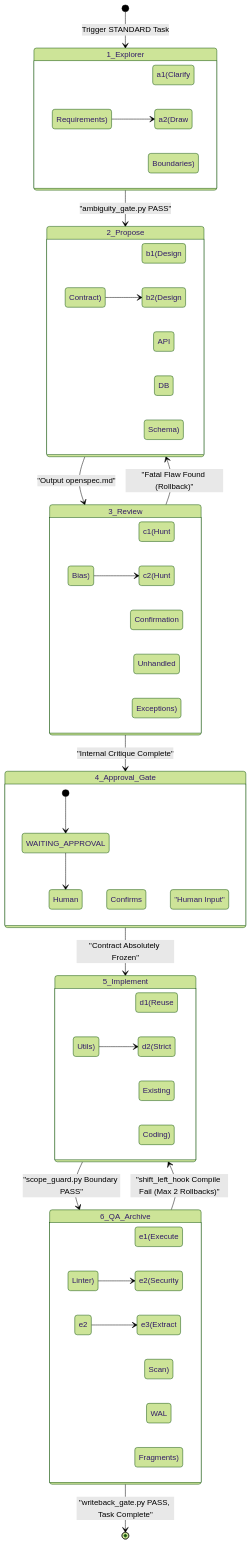
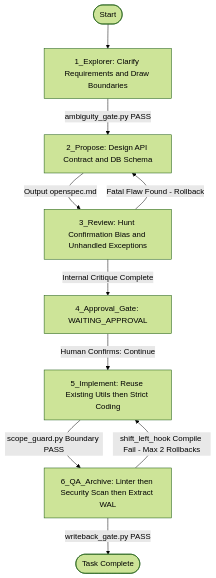
The third of 5 diagrams in ENGINEERING_MANUAL.md (listener-He/java-harness-agent), drawn with Mermaid (forest theme) before and after one commit. The commit also changed other lines of this file and 3 other files, not shown here.

````diff
--- a/ENGINEERING_MANUAL.md
+++ b/ENGINEERING_MANUAL.md
@@ -150,50 +150,18 @@
 ```mermaid
-stateDiagram-v2
-    [*] --> 1_Explorer: Trigger STANDARD Task
-    
-    state 1_Explorer {
-        direction LR
-        a1(Clarify Requirements) --> a2(Draw Boundaries)
-    }
-    
-    1_Explorer --> 2_Propose: "ambiguity_gate.py PASS"
-    
-    state 2_Propose {
-        direction LR
-        b1(Design API Contract) --> b2(Design DB Schema)
-    }
-    
-    2_Propose --> 3_Review: "Output openspec.md"
-    
-    state 3_Review {
-        direction LR
-        c1(Hunt Confirmation Bias) --> c2(Hunt Unhandled Exceptions)
-    }
-    
-    3_Review --> 4_Approval_Gate: "Internal Critique Complete"
-    3_Review --> 2_Propose: "Fatal Flaw Found (Rollback)"
-    
-    state 4_Approval_Gate {
-        [*] --> WAITING_APPROVAL
-        WAITING_APPROVAL --> Human Confirms Continue: "Human Input"
-    }
-    
-    4_Approval_Gate --> 5_Implement: "Contract Absolutely Frozen"
-    
-    state 5_Implement {
-        direction LR
-        d1(Reuse Existing Utils) --> d2(Strict Coding)
-    }
-    
-    5_Implement --> 6_QA_Archive: "scope_guard.py Boundary PASS"
-    
-    6_QA_Archive --> 5_Implement: "shift_left_hook Compile Fail (Max 2 Rollbacks)"
-    
-    state 6_QA_Archive {
-        direction LR
-        e1(Execute Linter) --> e2(Security Scan)
-        e2 --> e3(Extract WAL Fragments)
-    }
-    
-    6_QA_Archive --> [*]: "writeback_gate.py PASS, Task Complete"
+graph TD
+    Start([Start]) --> Phase1[1_Explorer: Clarify Requirements and Draw Boundaries]
+
+    Phase1 -->|ambiguity_gate.py PASS| Phase2[2_Propose: Design API Contract and DB Schema]
+
+    Phase2 -->|Output openspec.md| Phase3[3_Review: Hunt Confirmation Bias and Unhandled Exceptions]
+
+    Phase3 -->|Internal Critique Complete| Gate4[4_Approval_Gate: WAITING_APPROVAL]
+    Phase3 -->|Fatal Flaw Found - Rollback| Phase2
+
+    Gate4 -->|Human Confirms: Continue| Phase5[5_Implement: Reuse Existing Utils then Strict Coding]
+
+    Phase5 -->|scope_guard.py Boundary PASS| Phase6[6_QA_Archive: Linter then Security Scan then Extract WAL]
+
+    Phase6 -->|writeback_gate.py PASS| End([Task Complete])
+    Phase6 -->|shift_left_hook Compile Fail - Max 2 Rollbacks| Phase5
 ```
````
